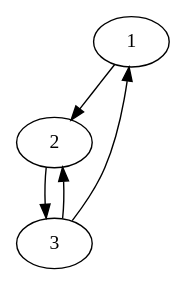
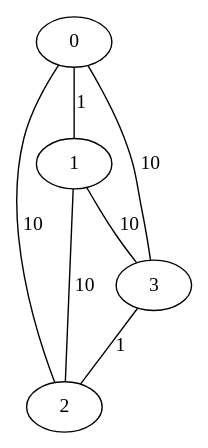
One commit to libsmelt/Simulator changed the diagram in graphs/gruyere.dot. Above: the diagram before and after it, drawn with Graphviz. The commit also changed 2 other files, not shown here.

```diff
--- a/graphs/gruyere.dot
+++ b/graphs/gruyere.dot
@@ -1,6 +1,14 @@
-digraph {
-	1 -> 2 [weight=2];
-	2 -> 3 [weight=1];
-	3 -> 1 [weight=5];
-	3 -> 2 [weight=10];
+graph graphname {
+	overlap=false;
+	
+0;
+1;
+2;
+3;
+0 -- 1  [weight=1, label=1];
+1 -- 2  [weight=10, label=10];
+3 -- 2  [weight=1, label=1];
+1 -- 3  [weight=10, label=10];
+3 -- 0  [weight=10, label=10];
+2 -- 0  [weight=10, label=10];
 }
```
